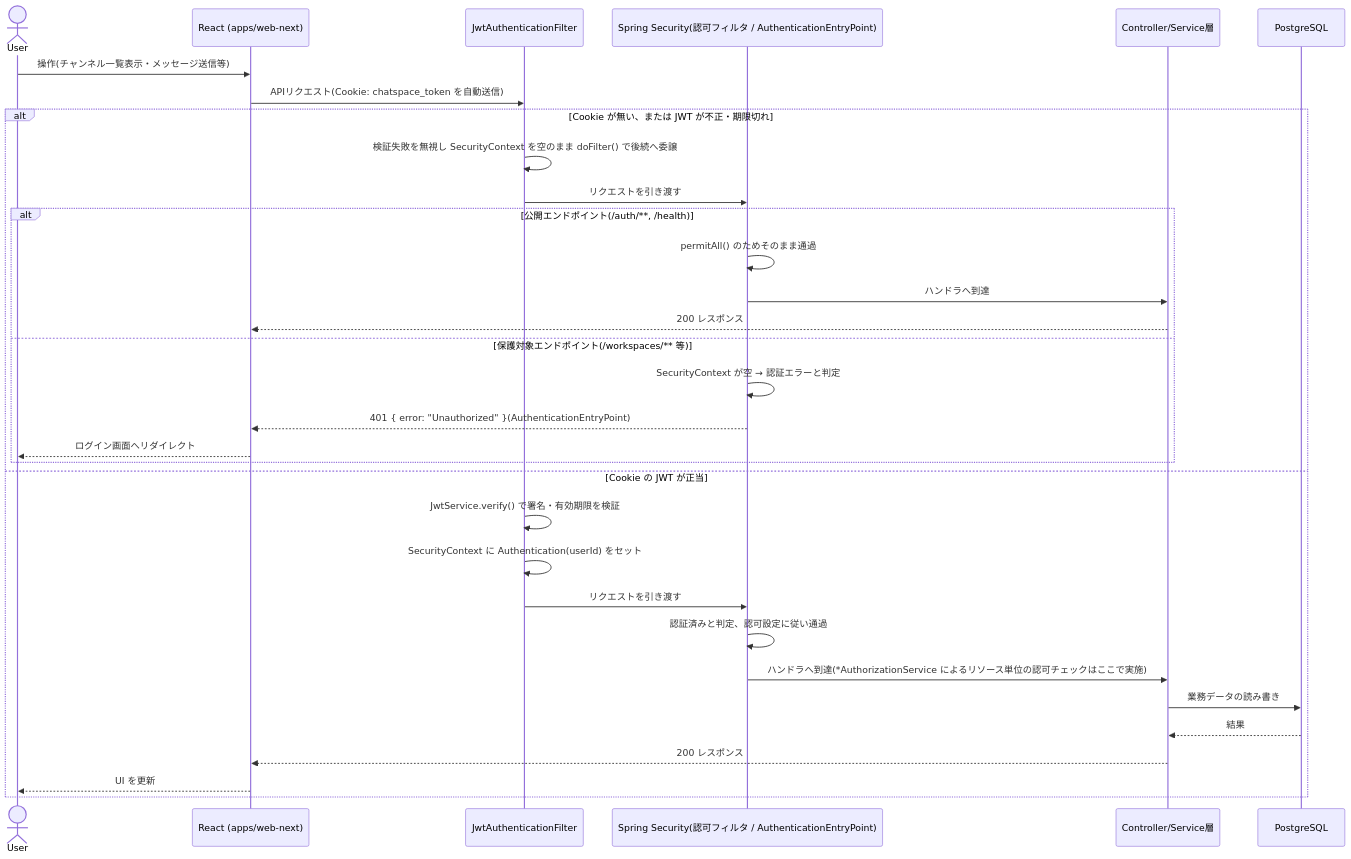
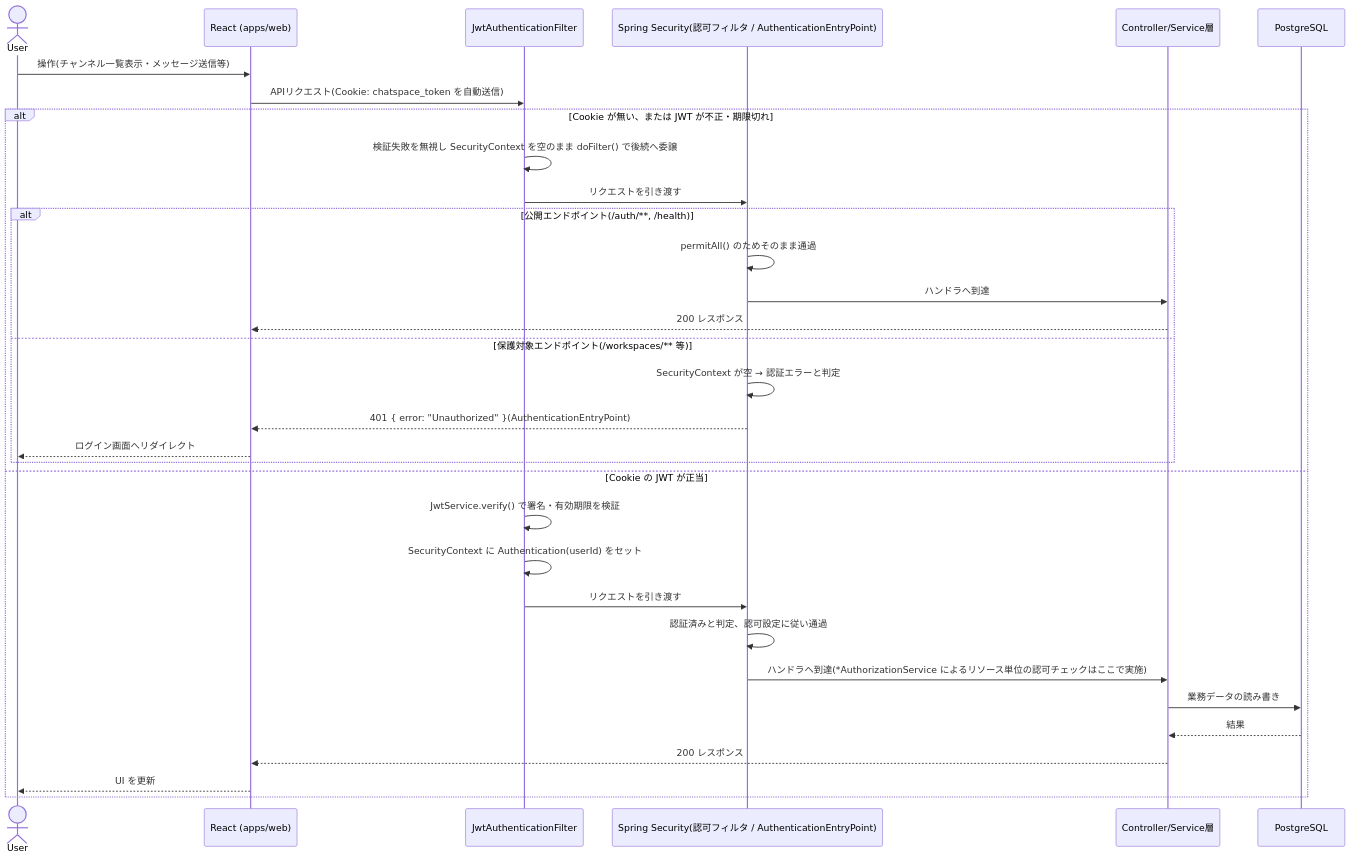
Before and after one commit to saki-nakata/ChatSpace: the second of 9 diagrams in docs/シーケンス図.md, drawn with Mermaid. The commit also changed other lines of this file and 350 other files, not shown here.

````diff
--- a/docs/シーケンス図.md
+++ b/docs/シーケンス図.md
@@ -102,36 +102,36 @@
 ```mermaid
 sequenceDiagram
     actor User
-    participant Web as React (apps/web-next)
+    participant Web as React (apps/web)
     participant Filter as JwtAuthenticationFilter
     participant Sec as Spring Security(認可フィルタ / AuthenticationEntryPoint)
     participant Svc as Controller/Service層
     participant DB as PostgreSQL
 
     User->>Web: 操作(チャンネル一覧表示・メッセージ送信等)
     Web->>Filter: APIリクエスト(Cookie: chatspace_token を自動送信)
 
     alt Cookie が無い、または JWT が不正・期限切れ
         Filter->>Filter: 検証失敗を無視し SecurityContext を空のまま doFilter() で後続へ委譲
         Filter->>Sec: リクエストを引き渡す
         alt 公開エンドポイント(/auth/**, /health)
             Sec->>Sec: permitAll() のためそのまま通過
             Sec->>Svc: ハンドラへ到達
             Svc-->>Web: 200 レスポンス
         else 保護対象エンドポイント(/workspaces/** 等)
             Sec->>Sec: SecurityContext が空 → 認証エラーと判定
             Sec-->>Web: 401 { error: "Unauthorized" }(AuthenticationEntryPoint)
             Web-->>User: ログイン画面へリダイレクト
         end
     else Cookie の JWT が正当
         Filter->>Filter: JwtService.verify() で署名・有効期限を検証
         Filter->>Filter: SecurityContext に Authentication(userId) をセット
         Filter->>Sec: リクエストを引き渡す
         Sec->>Sec: 認証済みと判定、認可設定に従い通過
         Sec->>Svc: ハンドラへ到達(*AuthorizationService によるリソース単位の認可チェックはここで実施)
         Svc->>DB: 業務データの読み書き
         DB-->>Svc: 結果
         Svc-->>Web: 200 レスポンス
         Web-->>User: UI を更新
     end
 ```
````
